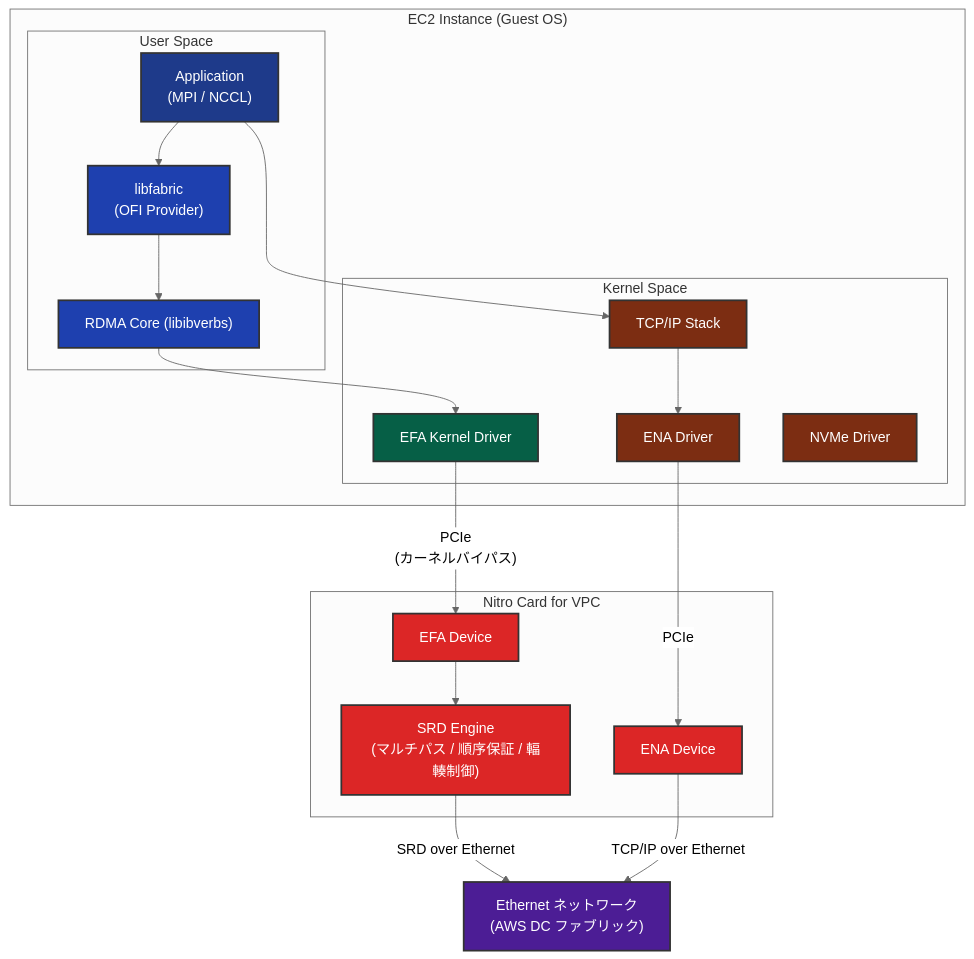
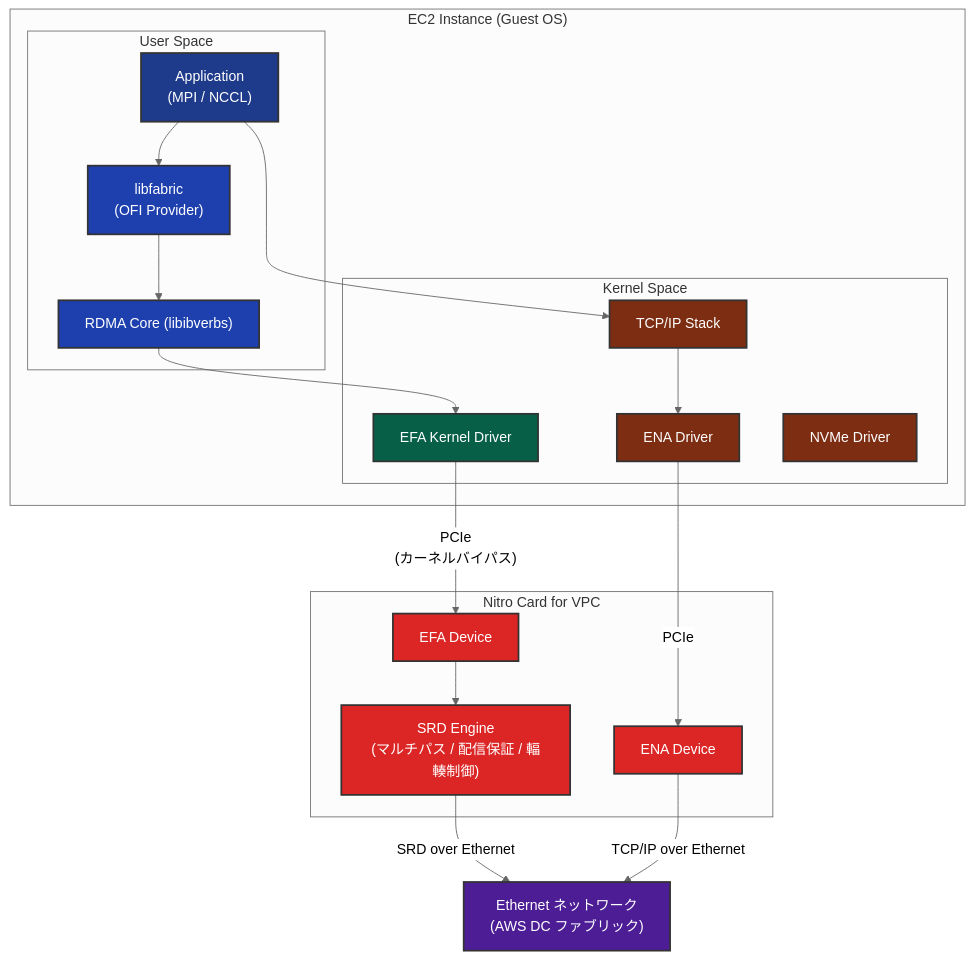
Before and after one commit to littlemex/zenn: the fourth of 11 diagrams in articles/0eeb53ca63f8b2.md, drawn with Mermaid (neutral theme). The commit also changed other lines of this file, not shown here.

````diff
--- a/articles/0eeb53ca63f8b2.md
+++ b/articles/0eeb53ca63f8b2.md
@@ -425,47 +423,47 @@
 ```mermaid
 graph TB
     subgraph "EC2 Instance (Guest OS)"
         subgraph "User Space"
             APP["Application<br/>(MPI / NCCL)"]
             LF["libfabric<br/>(OFI Provider)"]
             RDMA_CORE["RDMA Core (libibverbs)"]
         end
         subgraph "Kernel Space"
             EFA_DRV["EFA Kernel Driver"]
             TCP["TCP/IP Stack"]
             ENA_DRV["ENA Driver"]
             NVME_DRV["NVMe Driver"]
         end
     end
 
     subgraph "Nitro Card for VPC"
         EFA_DEV["EFA Device"]
-        SRD_ENGINE["SRD Engine<br/>(マルチパス / 順序保証 / 輻輳制御)"]
+        SRD_ENGINE["SRD Engine<br/>(マルチパス / 配信保証 / 輻輳制御)"]
         ENA_DEV["ENA Device"]
     end
 
     ETH["Ethernet ネットワーク<br/>(AWS DC ファブリック)"]
 
     APP --> LF
     LF --> RDMA_CORE
     RDMA_CORE --> EFA_DRV
     APP --> TCP
     TCP --> ENA_DRV
     EFA_DRV -->|"PCIe<br/>(カーネルバイパス)"| EFA_DEV
     ENA_DRV -->|"PCIe"| ENA_DEV
     EFA_DEV --> SRD_ENGINE
     SRD_ENGINE -->|"SRD over Ethernet"| ETH
     ENA_DEV -->|"TCP/IP over Ethernet"| ETH
 
     style APP fill: #1e3a8a,stroke: #333,stroke-width:2px,color: #fff
     style LF fill: #1e40af,stroke: #333,stroke-width:2px,color: #fff
     style RDMA_CORE fill: #1e40af,stroke: #333,stroke-width:2px,color: #fff
     style EFA_DRV fill: #065f46,stroke: #333,stroke-width:2px,color: #fff
     style TCP fill: #7c2d12,stroke: #333,stroke-width:2px,color: #fff
     style ENA_DRV fill: #7c2d12,stroke: #333,stroke-width:2px,color: #fff
     style NVME_DRV fill: #7c2d12,stroke: #333,stroke-width:2px,color: #fff
     style EFA_DEV fill: #dc2626,stroke: #333,stroke-width:2px,color: #fff
     style SRD_ENGINE fill: #dc2626,stroke: #333,stroke-width:2px,color: #fff
     style ENA_DEV fill: #dc2626,stroke: #333,stroke-width:2px,color: #fff
     style ETH fill: #4c1d95,stroke: #333,stroke-width:2px,color: #fff
 ```
````
